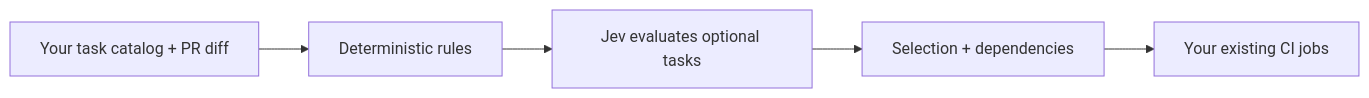
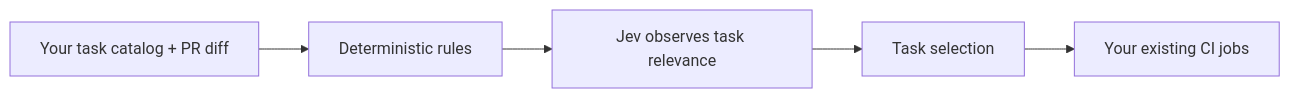
Before and after one commit to actions-marketplace-validations/guilhem_jev-ci-selector: the diagram in README.md, drawn with Mermaid. The commit also changed other lines of this file and 224 other files, not shown here.

Commit message:
feat: select CI tasks with a synthetic Jev evaluation corpus (#3)

````diff
--- a/README.md
+++ b/README.md
@@ -39,7 +39,7 @@
 ```mermaid
 flowchart LR
     A[Your task catalog + PR diff] --> B[Deterministic rules]
-    B --> C[Jev evaluates optional tasks]
-    C --> D[Selection + dependencies]
+    B --> C[Jev observes task relevance]
+    C --> D[Task selection]
     D --> E[Your existing CI jobs]
 ```
````
